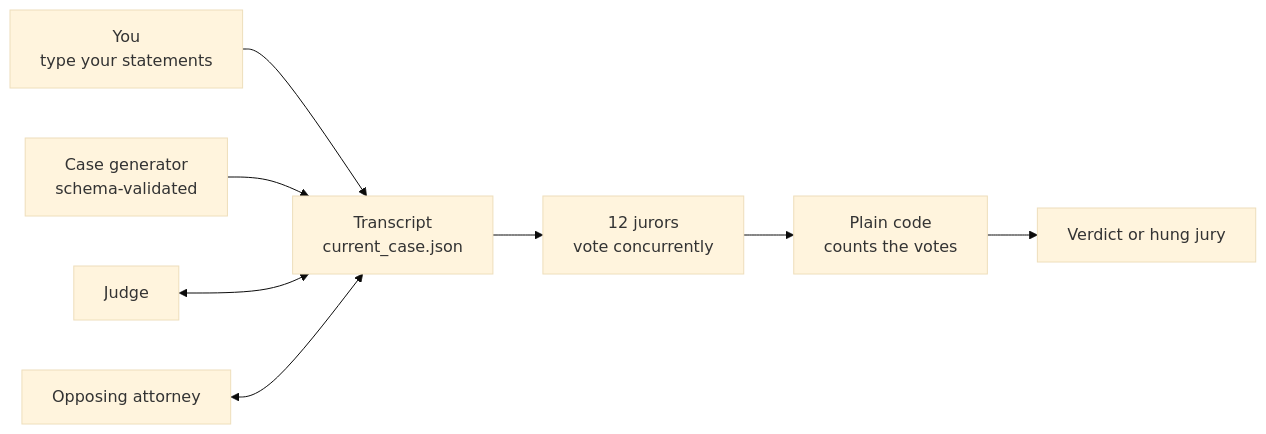
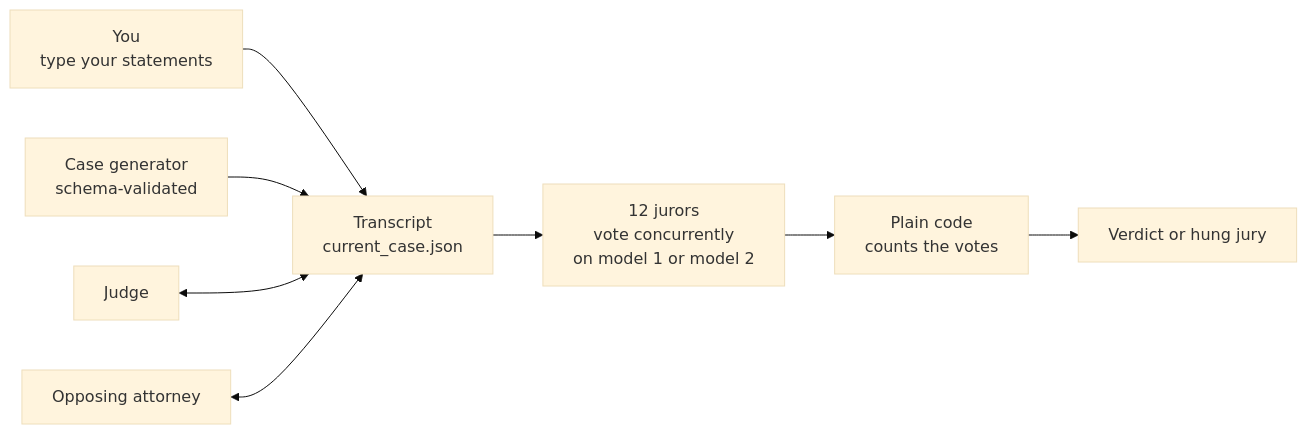
One commit to filbezerianos/portfolio-deep-dives changed the first of 2 diagrams in projects/ai-court-simulator-deep-dive.md. Above: the diagram before and after it, drawn with Mermaid (base theme). The commit also changed other lines of this file, not shown here.

First line of the commit message:
Update AI Court Simulator deep dive for multi-model selection

````diff
--- a/projects/ai-court-simulator-deep-dive.md
+++ b/projects/ai-court-simulator-deep-dive.md
@@ -23,10 +24,10 @@
 ```mermaid
 flowchart LR
     P[You<br/>type your statements] --> T[Transcript<br/>current_case.json]
     G[Case generator<br/>schema-validated] --> T
     J[Judge] <--> T
     O[Opposing attorney] <--> T
-    T --> V[12 jurors<br/>vote concurrently]
+    T --> V[12 jurors<br/>vote concurrently<br/>on model 1 or model 2]
     V --> C[Plain code<br/>counts the votes]
     C --> R[Verdict or hung jury]
 ```
````
